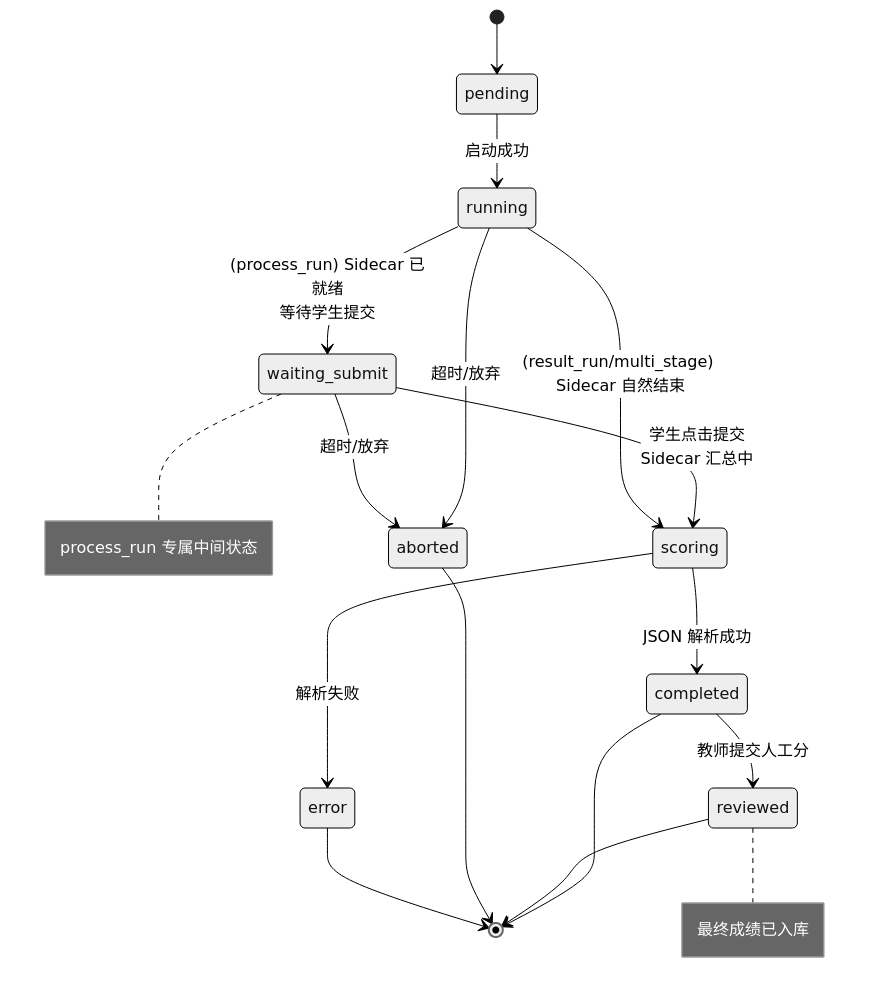
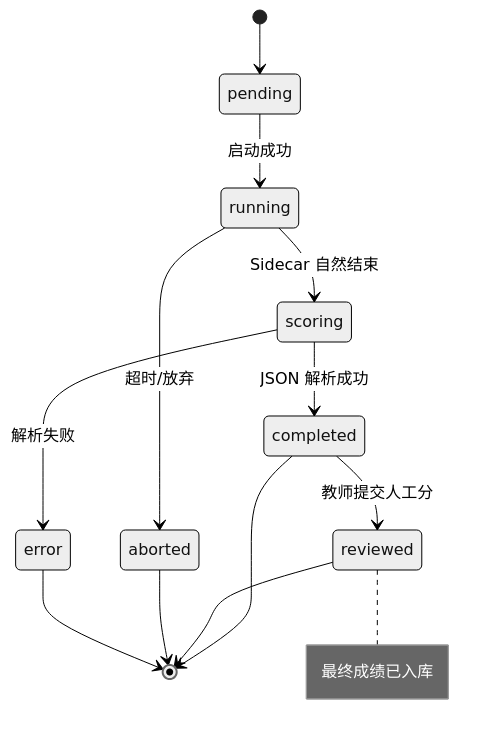
Before and after one commit to Thouder03/edubot-twin: the second of 2 diagrams in docs/11-13期/SDD-第13期：考试模式扩展、面板策略与教师复核增强.md, drawn with Mermaid (neutral theme). The commit also changed other lines of this file and 1 other file, not shown here.

````diff
--- a/docs/11-13期/SDD-第13期：考试模式扩展、面板策略与教师复核增强.md
+++ b/docs/11-13期/SDD-第13期：考试模式扩展、面板策略与教师复核增强.md
@@ -270,20 +148,16 @@
 ```mermaid
 stateDiagram-v2
   [*] --> pending
   pending --> running : 启动成功
-  running --> waiting_submit : (process_run) Sidecar 已就绪<br/>等待学生提交
-  waiting_submit --> scoring : 学生点击提交<br/>Sidecar 汇总中
-  running --> scoring : (result_run/multi_stage) Sidecar 自然结束
+  running --> scoring : Sidecar 自然结束
   scoring --> completed : JSON 解析成功
   scoring --> error : 解析失败
   running --> aborted : 超时/放弃
-  waiting_submit --> aborted : 超时/放弃
   completed --> reviewed : 教师提交人工分
   completed --> [*]
   reviewed --> [*]
   aborted --> [*]
   error --> [*]
 
-  note right of waiting_submit : process_run 专属中间状态
   note right of reviewed : 最终成绩已入库
 ```
````
